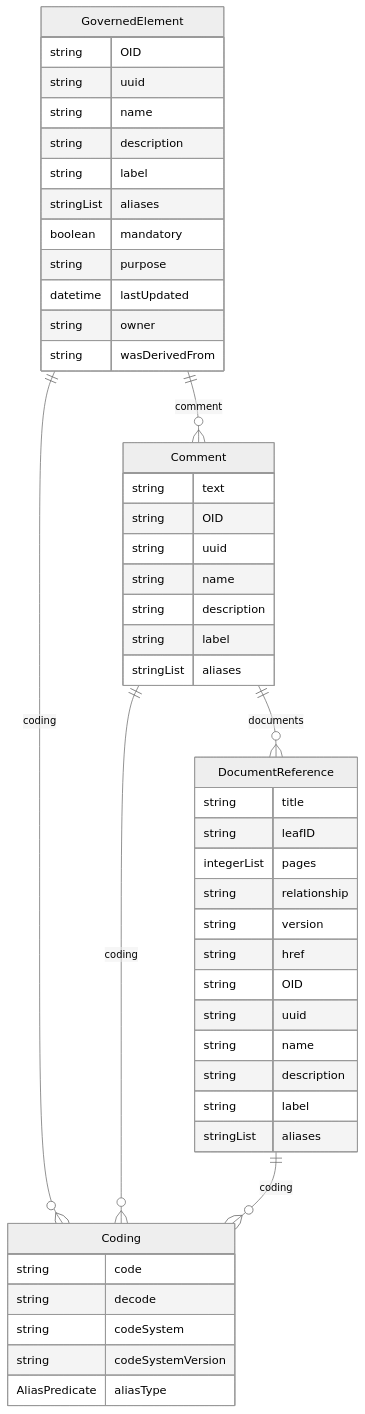
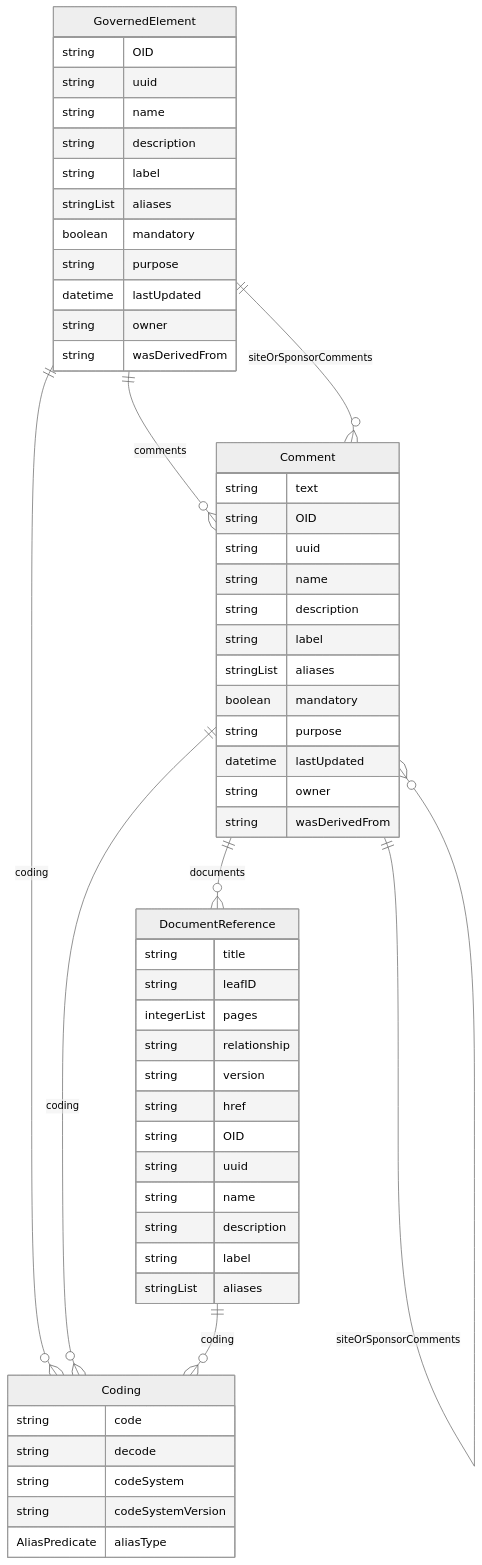
Before and after one commit to TeMeta/define-json: the diagram in docs/classes/GovernedElement.md, drawn with Mermaid (neutral theme). The commit also changed other lines of this file and 260 other files, not shown here.

````diff
--- a/docs/classes/GovernedElement.md
+++ b/docs/classes/GovernedElement.md
@@ -13,53 +13,61 @@
 ```mermaid
 erDiagram
 GovernedElement {
     string OID  
     string uuid  
     string name  
     string description  
     string label  
     stringList aliases  
     boolean mandatory  
     string purpose  
     datetime lastUpdated  
     string owner  
     string wasDerivedFrom  
 }
 Comment {
     string text  
     string OID  
     string uuid  
     string name  
     string description  
     string label  
     stringList aliases  
+    boolean mandatory  
+    string purpose  
+    datetime lastUpdated  
+    string owner  
+    string wasDerivedFrom  
 }
 Coding {
     string code  
     string decode  
     string codeSystem  
     string codeSystemVersion  
     AliasPredicate aliasType  
 }
 DocumentReference {
     string title  
     string leafID  
     integerList pages  
     string relationship  
     string version  
     string href  
     string OID  
     string uuid  
     string name  
     string description  
     string label  
     stringList aliases  
 }
 
 GovernedElement ||--}o Coding : "coding"
-GovernedElement ||--}o Comment : "comment"
+GovernedElement ||--}o Comment : "comments"
+GovernedElement ||--}o Comment : "siteOrSponsorComments"
 Comment ||--}o DocumentReference : "documents"
 Comment ||--}o Coding : "coding"
+Comment ||--}o Comment : "comments"
+Comment ||--}o Comment : "siteOrSponsorComments"
 DocumentReference ||--}o Coding : "coding"
 
 ```
````
